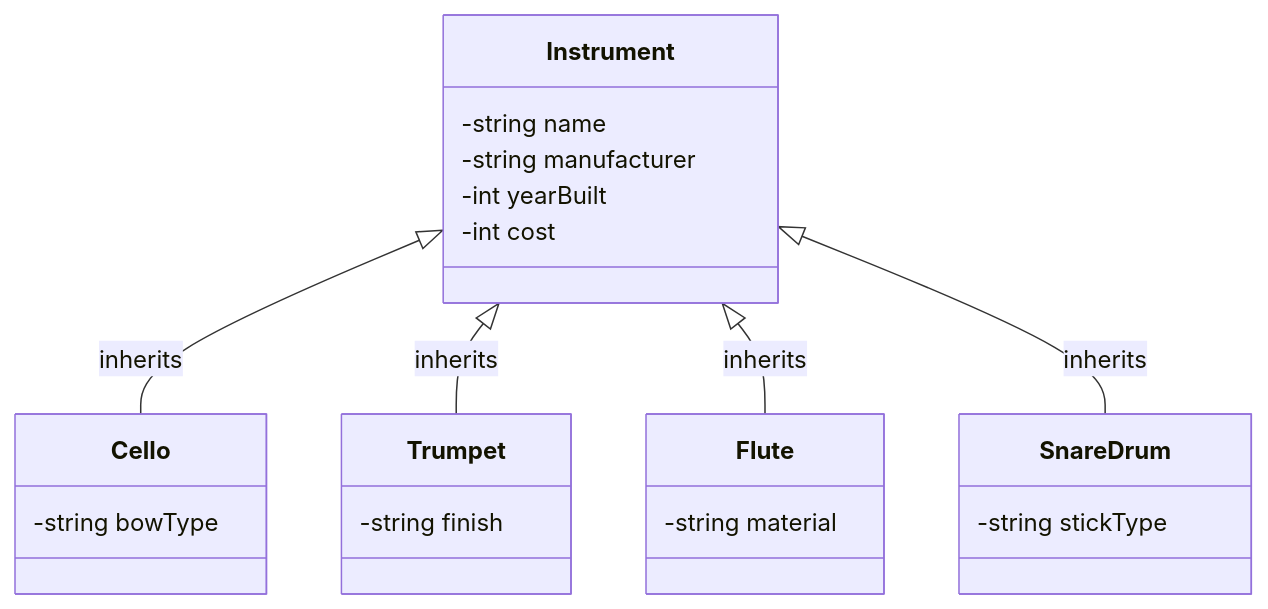
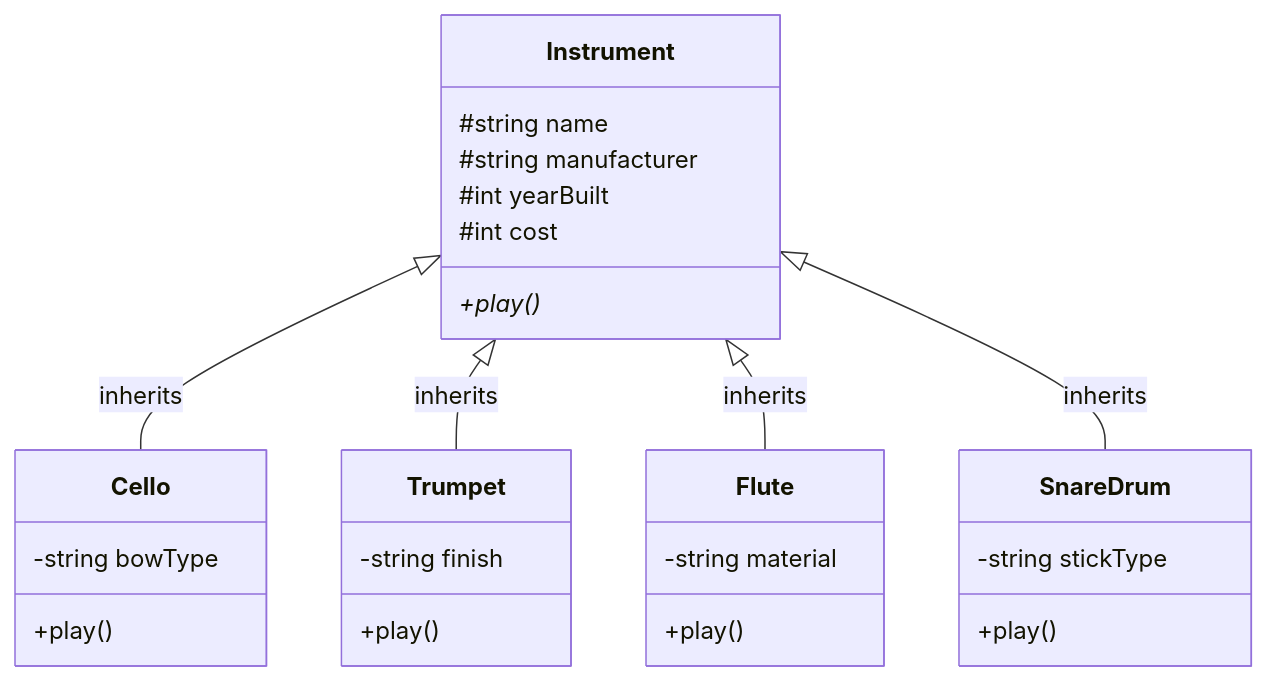
Before and after one commit to atkoehler/UIC-CS141-Public: the fourth of 4 diagrams in notes/20261113/inheritance.md, drawn with Mermaid. The commit also changed other lines of this file and 1 other file, not shown here.

````diff
--- a/notes/20261113/inheritance.md
+++ b/notes/20261113/inheritance.md
@@ -576,25 +605,30 @@
 ```mermaid
 classDiagram
     class Instrument {
-        -string name
-        -string manufacturer
-        -int yearBuilt
-        -int cost
+        #string name
+        #string manufacturer
+        #int yearBuilt
+        #int cost
+        +play()*
     }
     class Cello {
         -string bowType
+        +play()
     }
     class Trumpet {
         -string finish
+        +play()
     }
     class Flute {
         -string material
+        +play()
     }
     class SnareDrum {
         -string stickType
+        +play()
     }
     Instrument <|-- Cello : inherits
     Instrument <|-- Trumpet : inherits
     Instrument <|-- Flute : inherits
     Instrument <|-- SnareDrum : inherits
 ```
````
